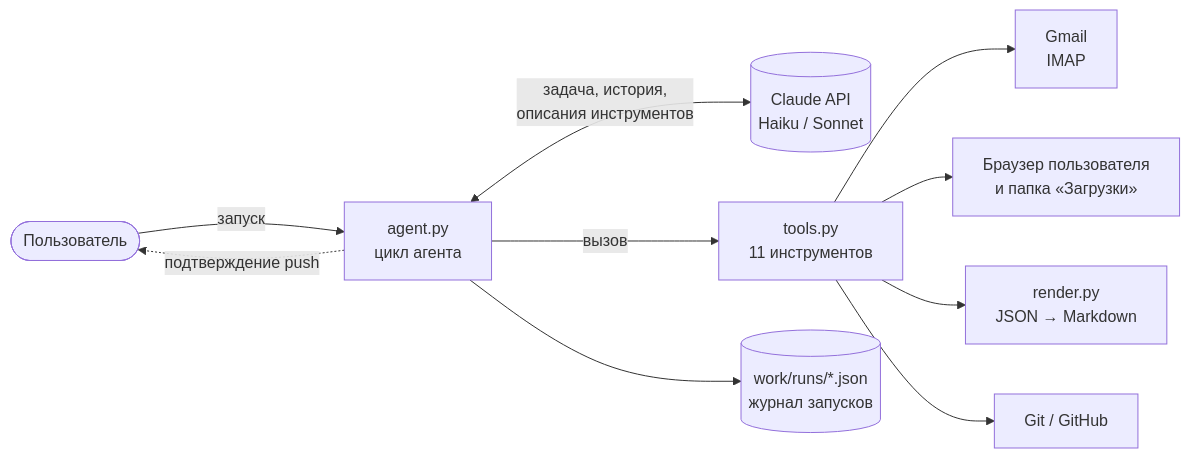
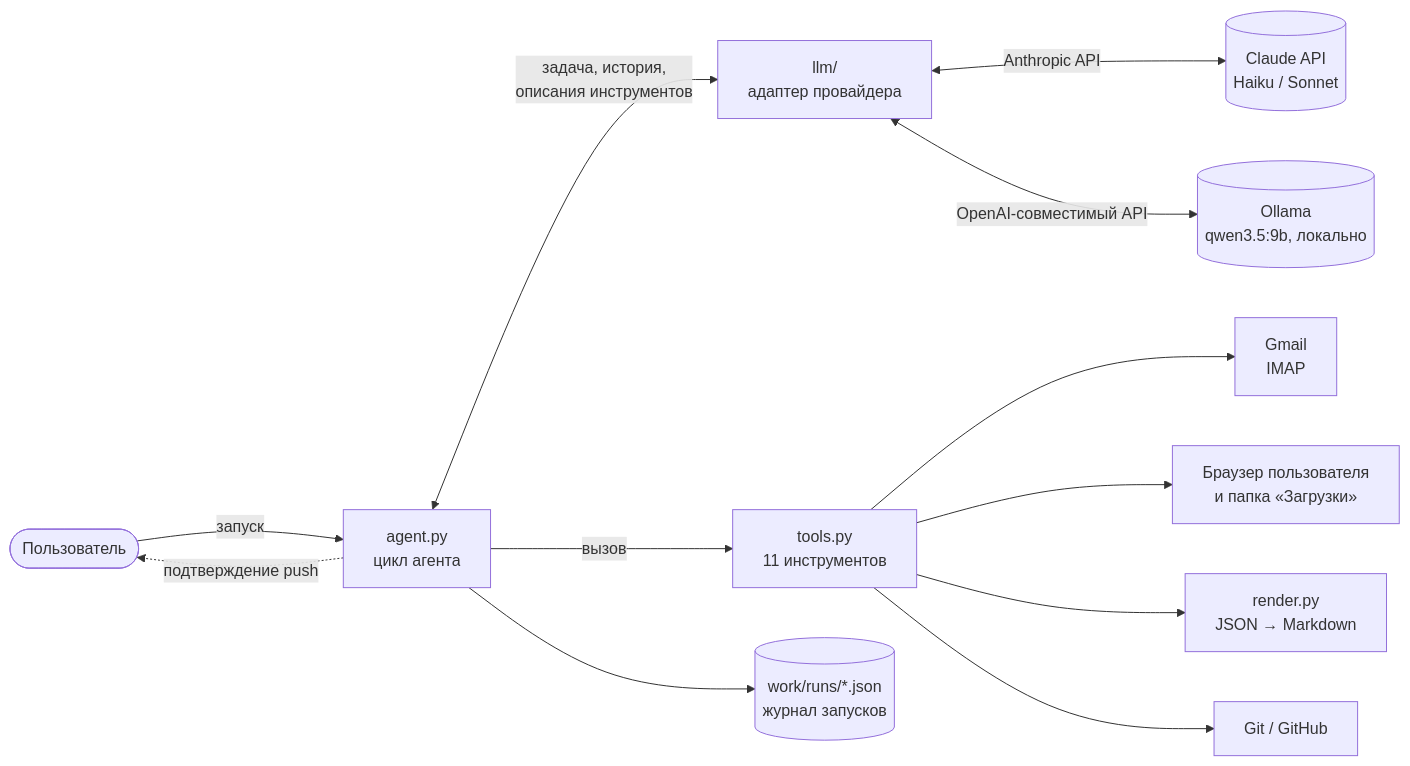
The diagram in README.md (Lyamin-av/claude-export-agent), drawn with Mermaid before and after one commit. The commit also changed other lines of this file and 1 other file, not shown here.

First line of the commit message:
README и SETUP: две модели (Claude и Ollama), сравнение прогонов

````diff
--- a/README.md
+++ b/README.md
@@ -23,12 +27,14 @@
 ```mermaid
 flowchart LR
     U([Пользователь]) -->|запуск| A[agent.py<br/>цикл агента]
-    A <-->|задача, история,<br/>описания инструментов| M[(Claude API<br/>Haiku / Sonnet)]
+    A <-->|задача, история,<br/>описания инструментов| LLM[llm/<br/>адаптер провайдера]
+    LLM <-->|Anthropic API| M[(Claude API<br/>Haiku / Sonnet)]
+    LLM <-->|OpenAI-совместимый API| O[(Ollama<br/>qwen3.5:9b, локально)]
     A -->|вызов| T[tools.py<br/>11 инструментов]
     T --> G[Gmail<br/>IMAP]
     T --> B[Браузер пользователя<br/>и папка «Загрузки»]
     T --> R[render.py<br/>JSON → Markdown]
     T --> GIT[Git / GitHub]
     A -.->|подтверждение push| U
     A --> L[(work/runs/*.json<br/>журнал запусков)]
 ```
````
